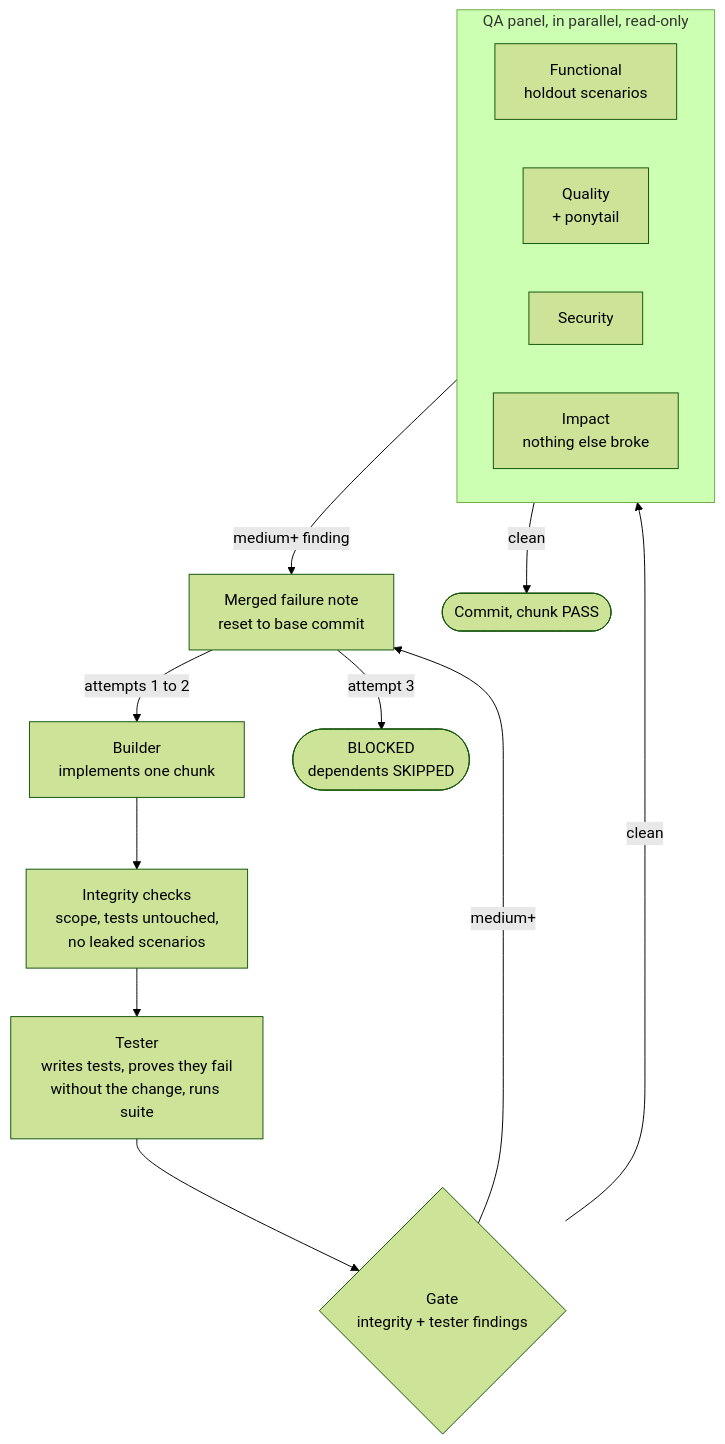
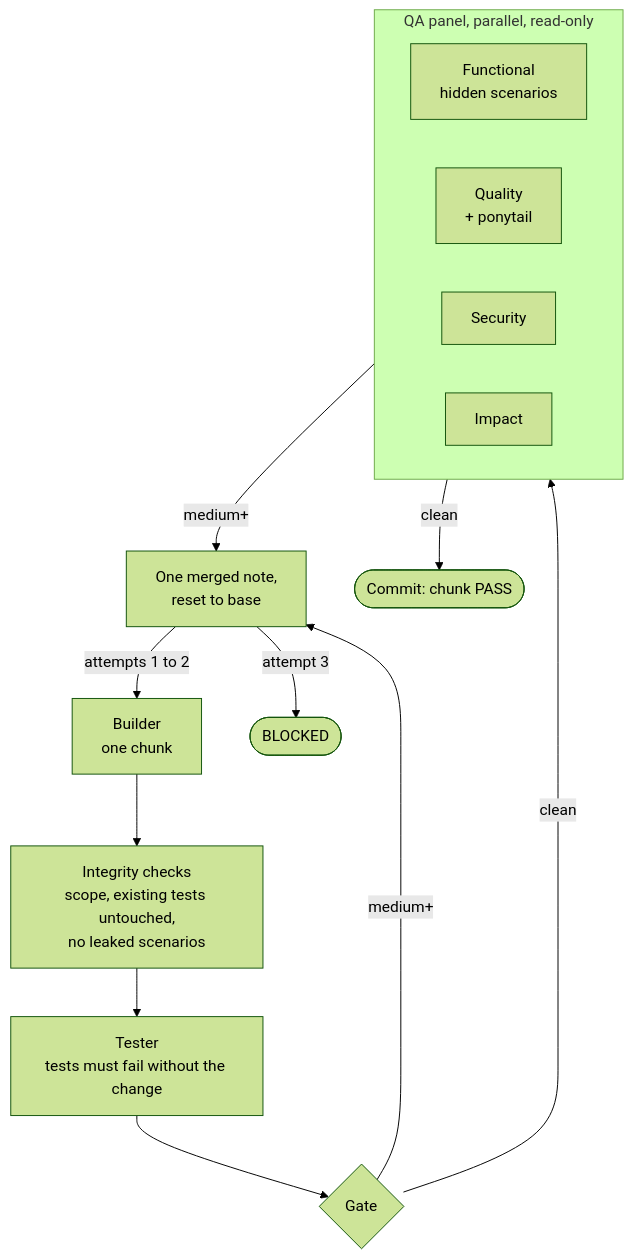
Before and after one commit to Hafiz408/dark-factory: the second of 2 diagrams in README.md, drawn with Mermaid (forest theme). The commit also changed other lines of this file, not shown here.

First line of the commit message:
docs: minimal README with install, use, functionality and two diagrams

````diff
--- a/README.md
+++ b/README.md
@@ -55,19 +58,19 @@
 ```mermaid
 flowchart TD
-    B[Builder<br/>implements one chunk] --> C[Integrity checks<br/>scope, tests untouched,<br/>no leaked scenarios]
-    C --> T[Tester<br/>writes tests, proves they fail<br/>without the change, runs suite]
-    T --> G{Gate<br/>integrity + tester findings}
-    G -->|medium+| N
+    B[Builder<br/>one chunk] --> C[Integrity checks<br/>scope, existing tests untouched,<br/>no leaked scenarios]
+    C --> T[Tester<br/>tests must fail without the change]
+    T --> G{Gate}
     G -->|clean| Q
-    subgraph Q [QA panel, in parallel, read-only]
+    subgraph Q [QA panel, parallel, read-only]
         direction LR
-        Q1[Functional<br/>holdout scenarios]
+        Q1[Functional<br/>hidden scenarios]
         Q2[Quality<br/>+ ponytail]
         Q3[Security]
-        Q4[Impact<br/>nothing else broke]
+        Q4[Impact]
     end
-    Q -->|medium+ finding| N[Merged failure note<br/>reset to base commit]
-    Q -->|clean| D([Commit, chunk PASS])
+    G -->|medium+| N[One merged note,<br/>reset to base]
+    Q -->|medium+| N
+    Q -->|clean| D([Commit: chunk PASS])
     N -->|attempts 1 to 2| B
-    N -->|attempt 3| X([BLOCKED<br/>dependents SKIPPED])
+    N -->|attempt 3| X([BLOCKED])
 ```
````
